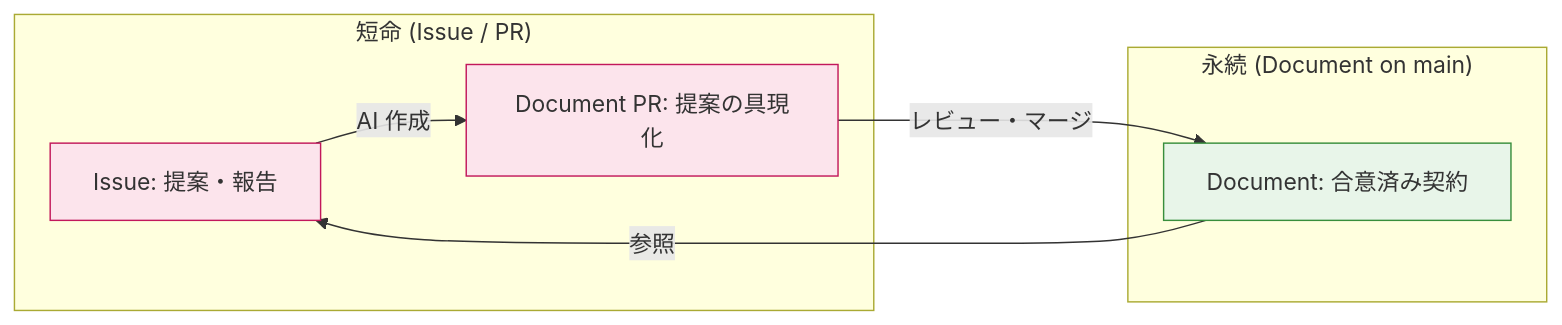
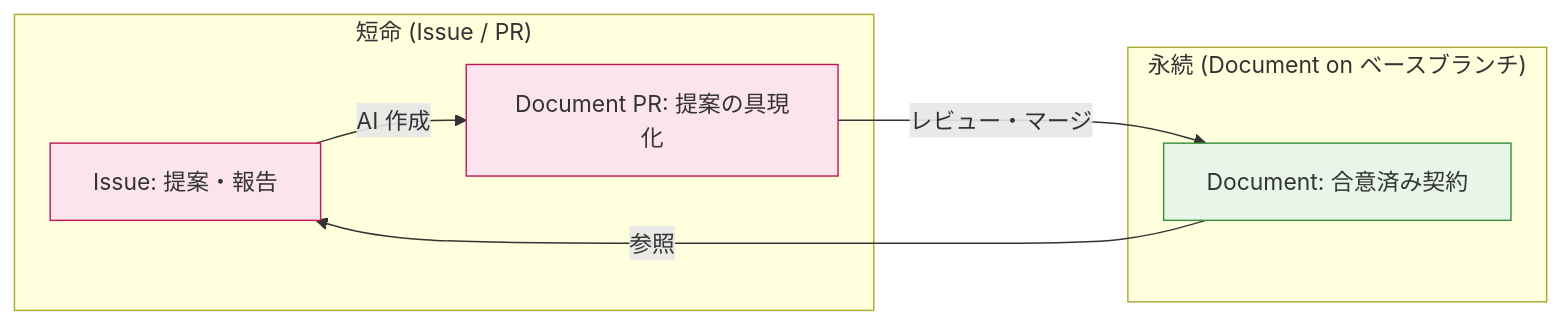
The first of 3 diagrams in docs/concepts.md (yumor-org/aigile), drawn with Mermaid before and after one commit. The commit also changed other lines of this file and 4 other files, not shown here.

````diff
--- a/docs/concepts.md
+++ b/docs/concepts.md
@@ -22,18 +22,18 @@
 ```mermaid
 flowchart LR
     subgraph eph["短命 (Issue / PR)"]
         I[Issue: 提案・報告]
         P[Document PR: 提案の具現化]
     end
-    subgraph per["永続 (Document on main)"]
+    subgraph per["永続 (Document on ベースブランチ)"]
         D[Document: 合意済み契約]
     end
     I -->|AI 作成| P
     P -->|レビュー・マージ| D
     D -->|参照| I
 
     classDef ephClass fill:#fce4ec,stroke:#c2185b
     classDef perClass fill:#e8f5e9,stroke:#388e3c
     class I,P ephClass
     class D perClass
 ```
````
